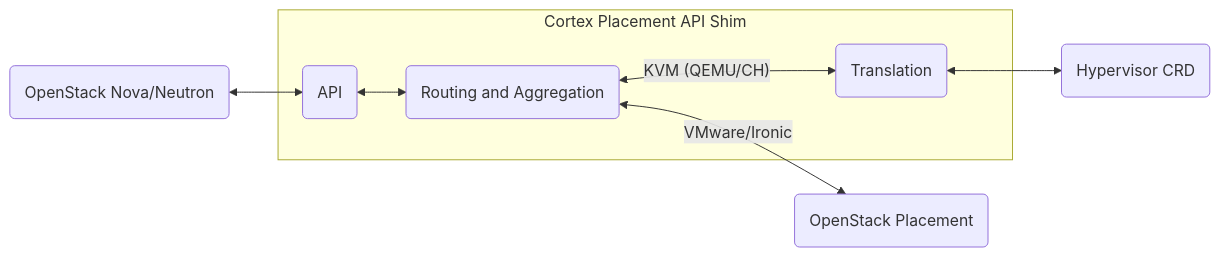
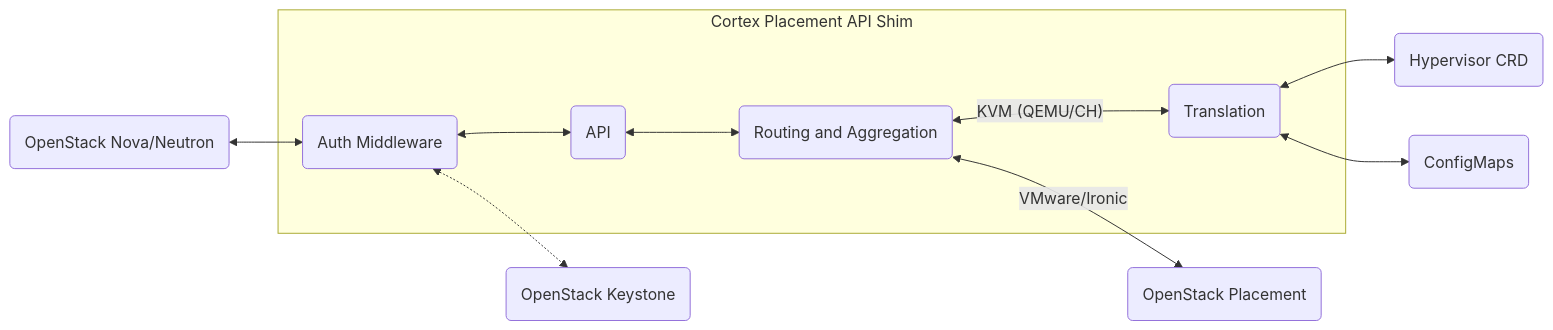
One commit to cobaltcore-dev/cortex changed the diagram in docs/architecture.md. Above: the diagram before and after it, drawn with Mermaid. The commit also changed other lines of this file, not shown here.

Commit message:
Expand Placement API Shim documentation with feature gates, endpoints, auth, and locking

````diff
--- a/docs/architecture.md
+++ b/docs/architecture.md
@@ -43,11 +43,14 @@
 ```mermaid
 graph LR;
-    nn(OpenStack Nova/Neutron) <--> api
+    nn(OpenStack Nova/Neutron) <--> auth
     subgraph shim [Cortex Placement API Shim]
-    api(API) <--> router(Routing and Aggregation)
+    auth(Auth Middleware) <--> api(API)
+    api <--> router(Routing and Aggregation)
     router <-- KVM (QEMU/CH) --> tl
     tl(Translation)
     end
+    auth <-.-> ks(OpenStack Keystone)
     router <-- VMware/Ironic --> pl(OpenStack Placement)
     tl <--> crd(Hypervisor CRD)
+    tl <--> cm(ConfigMaps)
 ```
````
